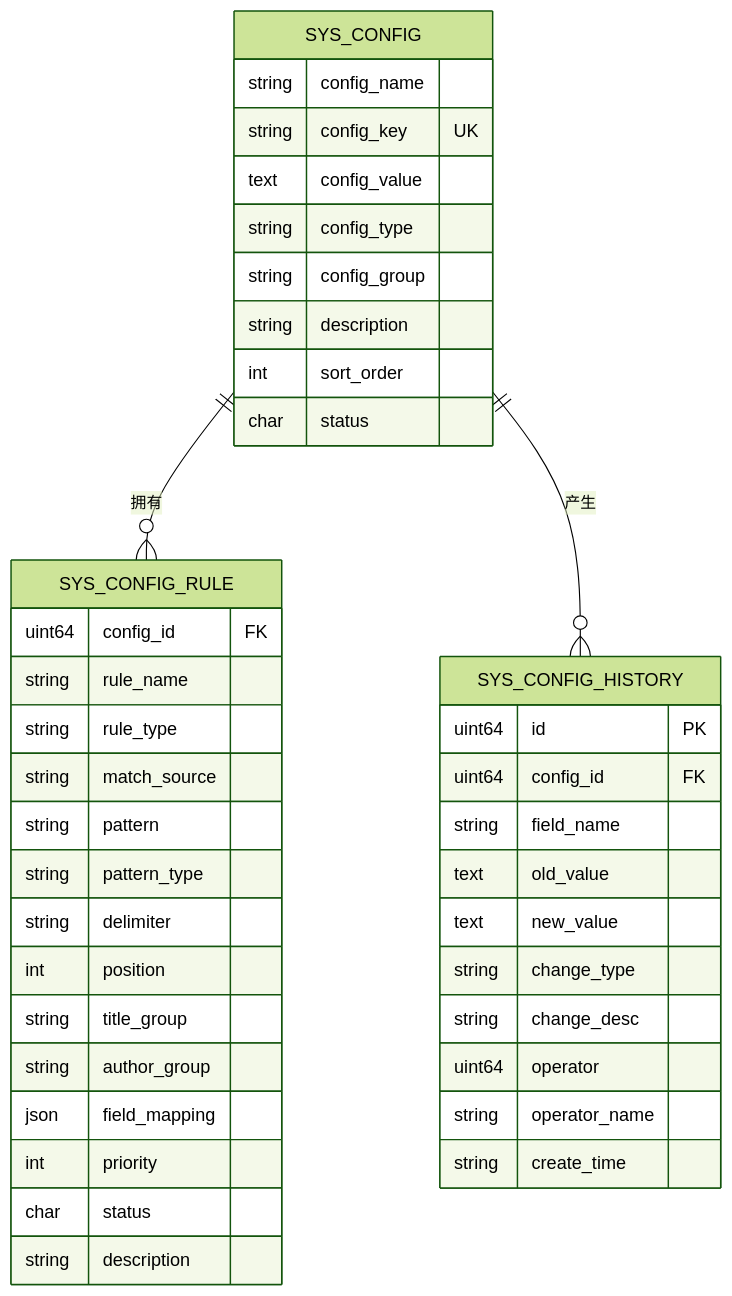
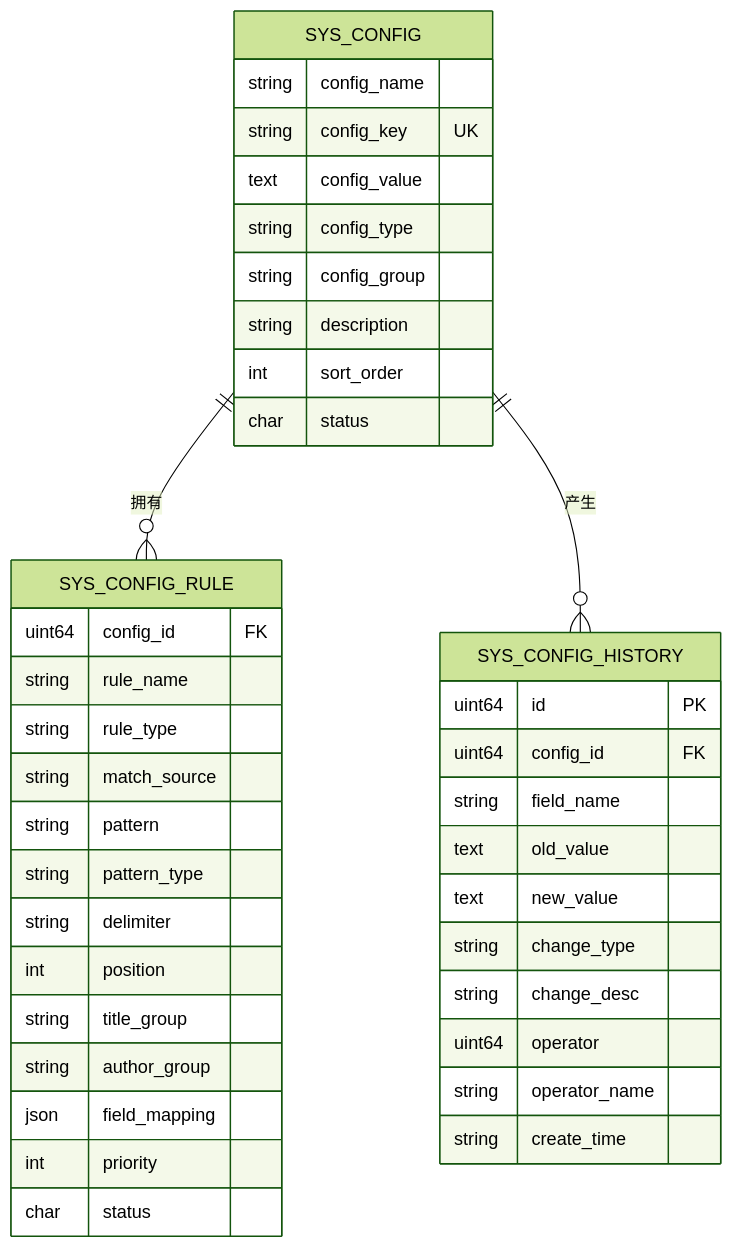
One commit to knifezred/boread changed the fourth of 5 diagrams in .qoder/repowiki/zh/content/配置指南/配置指南.md. Above: the diagram before and after it, drawn with Mermaid (forest theme). The commit also changed other lines of this file and 4 other files, not shown here.

````diff
--- a/.qoder/repowiki/zh/content/配置指南/配置指南.md
+++ b/.qoder/repowiki/zh/content/配置指南/配置指南.md
@@ -210,43 +266,42 @@
 ```mermaid
 erDiagram
 SYS_CONFIG {
 string config_name
 string config_key UK
 text config_value
 string config_type
 string config_group
 string description
 int sort_order
 char status
 }
 SYS_CONFIG_RULE {
 uint64 config_id FK
 string rule_name
 string rule_type
 string match_source
 string pattern
 string pattern_type
 string delimiter
 int position
 string title_group
 string author_group
 json field_mapping
 int priority
 char status
-string description
 }
 SYS_CONFIG_HISTORY {
 uint64 id PK
 uint64 config_id FK
 string field_name
 text old_value
 text new_value
 string change_type
 string change_desc
 uint64 operator
 string operator_name
 string create_time
 }
 SYS_CONFIG ||--o{ SYS_CONFIG_RULE : "拥有"
 SYS_CONFIG ||--o{ SYS_CONFIG_HISTORY : "产生"
 ```
````
